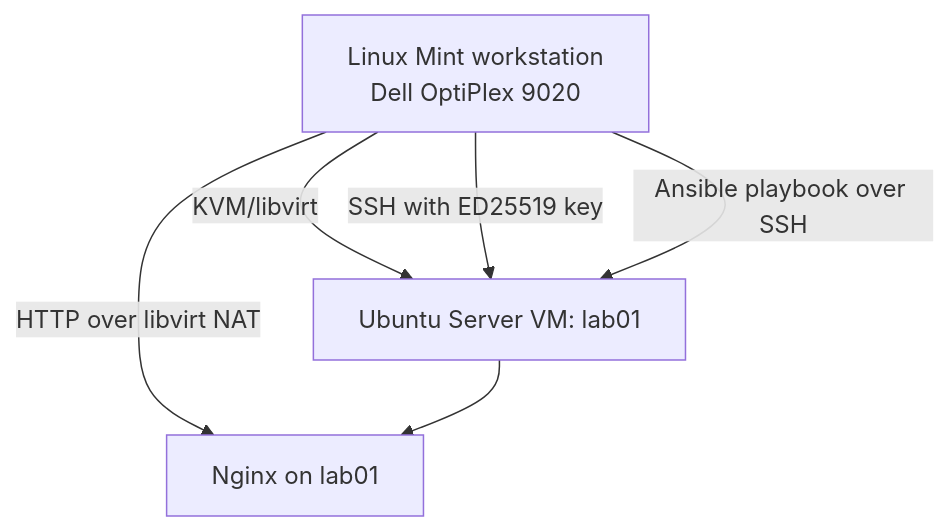
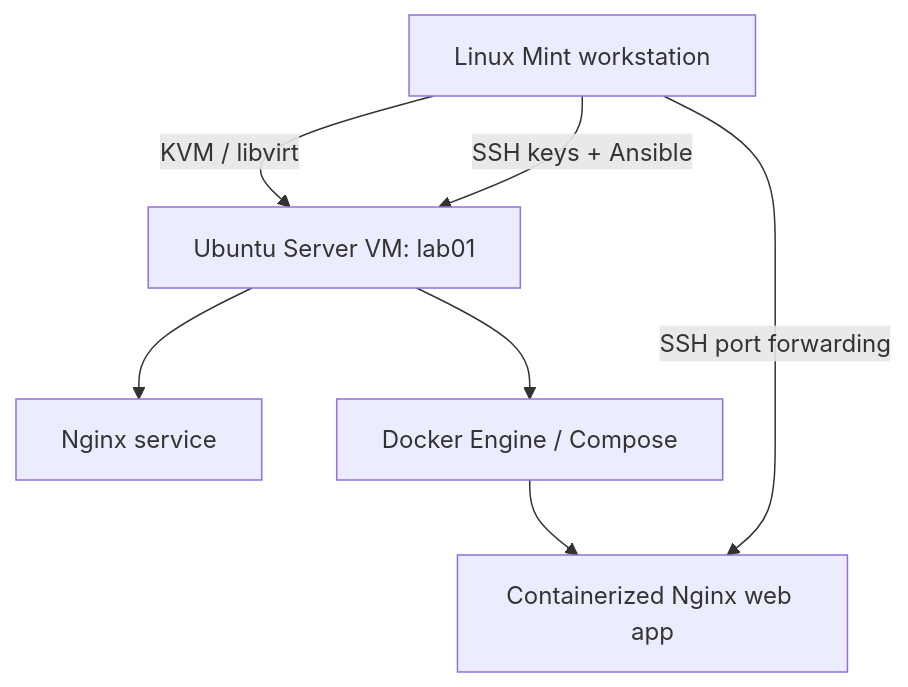
The diagram in README.md (SollieNaylor/home-lab-portfolio), drawn with Mermaid before and after one commit. The commit also changed other lines of this file, not shown here.

Commit message:
Refresh portfolio homepage to feature Linux, Ansible and Docker projects

````diff
--- a/README.md
+++ b/README.md
@@ -23,8 +40,9 @@
 ```mermaid
 flowchart TD
-  A[Linux Mint workstation<br/>Dell OptiPlex 9020] -->|KVM/libvirt| B[Ubuntu Server VM: lab01]
-  A -->|SSH with ED25519 key| B
-  A -->|HTTP over libvirt NAT| C[Nginx on lab01]
-  B --> C
-  A -->|Ansible playbook over SSH| B
+  A[Linux Mint workstation] -->|KVM / libvirt| B[Ubuntu Server VM: lab01]
+  A -->|SSH keys + Ansible| B
+  B --> C[Nginx service]
+  B --> D[Docker Engine / Compose]
+  D --> E[Containerized Nginx web app]
+  A -->|SSH port forwarding| E
 ```
````
